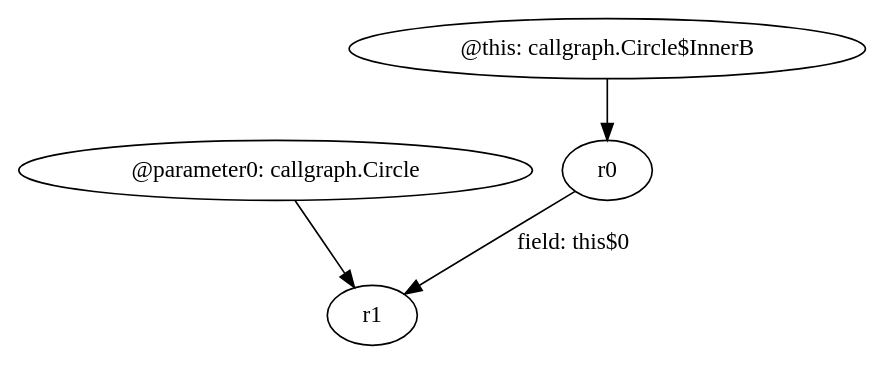
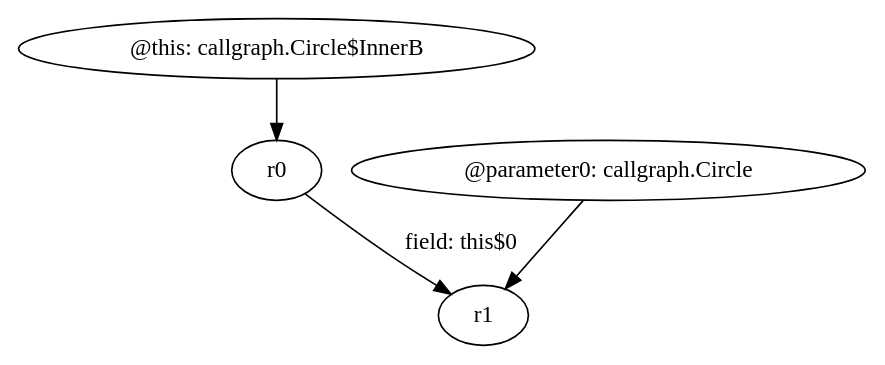
The diagram in relation2/<callgraph.Circle$InnerB: void <init>(callgraph.Circle)>.dot (SeanCoek/zString), drawn with Graphviz before and after one commit. The commit also changed 34 other files, not shown here.

Commit message:
update graph

```diff
--- a/relation2/<callgraph.Circle$InnerB: void <init>(callgraph.Circle)>.dot
+++ b/relation2/<callgraph.Circle$InnerB: void <init>(callgraph.Circle)>.dot
@@ -1,9 +1,9 @@
 digraph g {
-0[label="@parameter0: callgraph.Circle"]
-1[label="r1"]
+0[label="@this: callgraph.Circle$InnerB"]
+1[label="r0"]
 0->1[label=""]
-2[label="r0"]
-2->1[label="field: this$0"]
-3[label="@this: callgraph.Circle$InnerB"]
+2[label="r1"]
+1->2[label="field: this$0"]
+3[label="@parameter0: callgraph.Circle"]
 3->2[label=""]
 }
```
